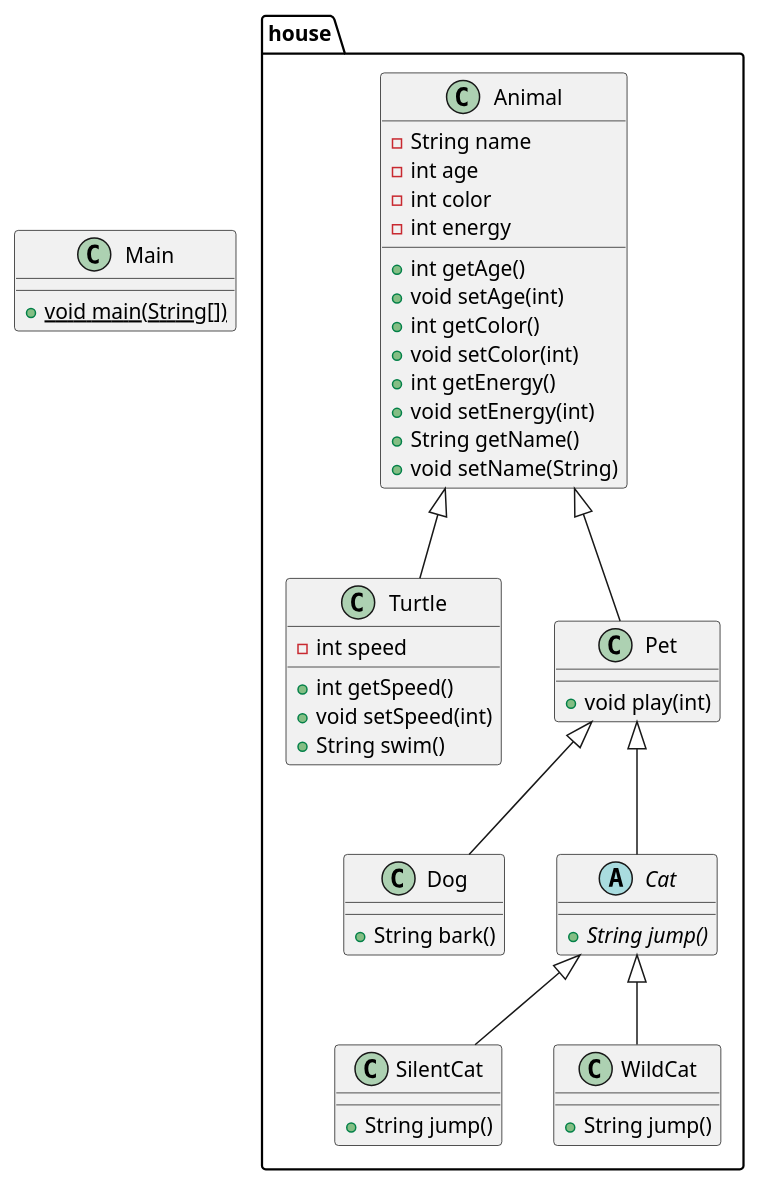
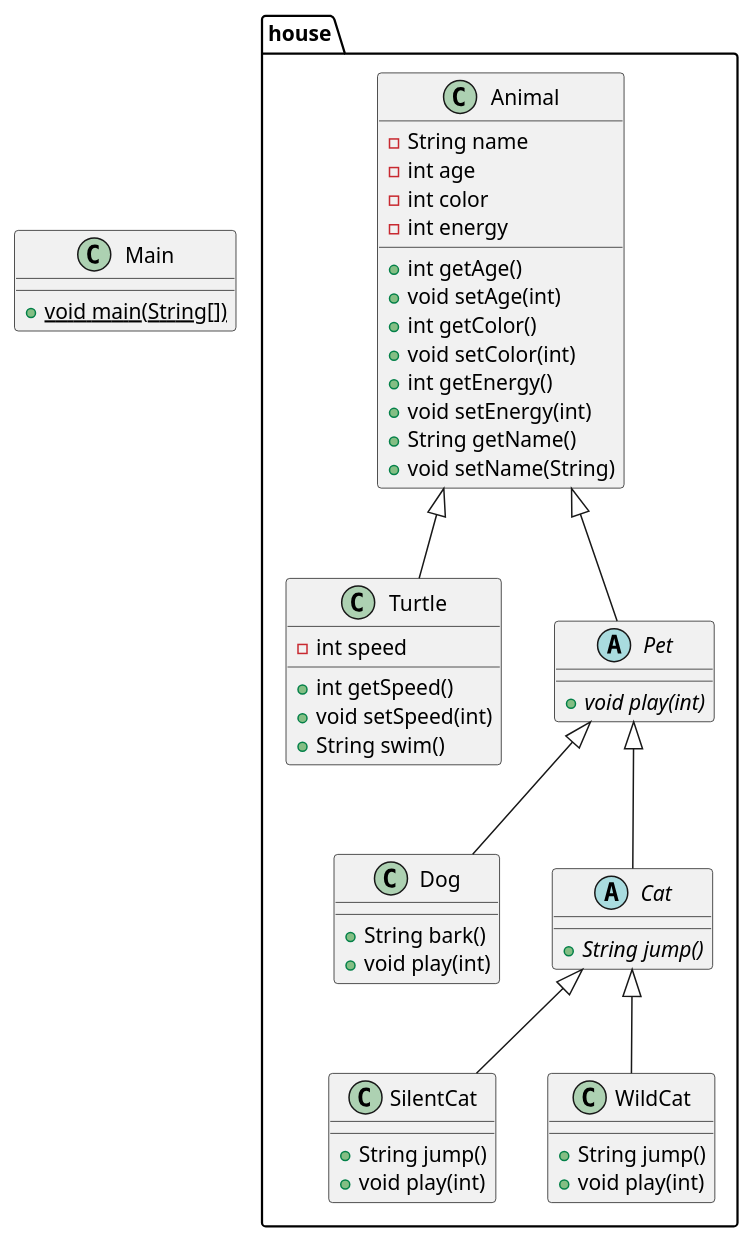
The diagram in clase_08/class_diagram.puml (davinci-as/23.2_poo), drawn with PlantUML before and after one commit. The commit also changed 6 other files, not shown here.

```diff
--- a/clase_08/class_diagram.puml
+++ b/clase_08/class_diagram.puml
@@ -1,48 +1,51 @@
 @startuml
 class Main {
 + {static} void main(String[])
 }
 class house.SilentCat {
 + String jump()
++ void play(int)
 }
 class house.Turtle {
 - int speed
 + int getSpeed()
 + void setSpeed(int)
 + String swim()
 }
 class house.Dog {
 + String bark()
++ void play(int)
 }
 class house.WildCat {
 + String jump()
++ void play(int)
 }
 class house.Animal {
 - String name
 - int age
 - int color
 - int energy
 + int getAge()
 + void setAge(int)
 + int getColor()
 + void setColor(int)
 + int getEnergy()
 + void setEnergy(int)
 + String getName()
 + void setName(String)
 }
-class house.Pet {
-+ void play(int)
+abstract class house.Pet {
++ {abstract}void play(int)
 }
 abstract class house.Cat {
 + {abstract}String jump()
 }
 
 
 house.Cat <|-- house.SilentCat
 house.Animal <|-- house.Turtle
 house.Pet <|-- house.Dog
 house.Cat <|-- house.WildCat
 house.Animal <|-- house.Pet
 house.Pet <|-- house.Cat
 @enduml
```
